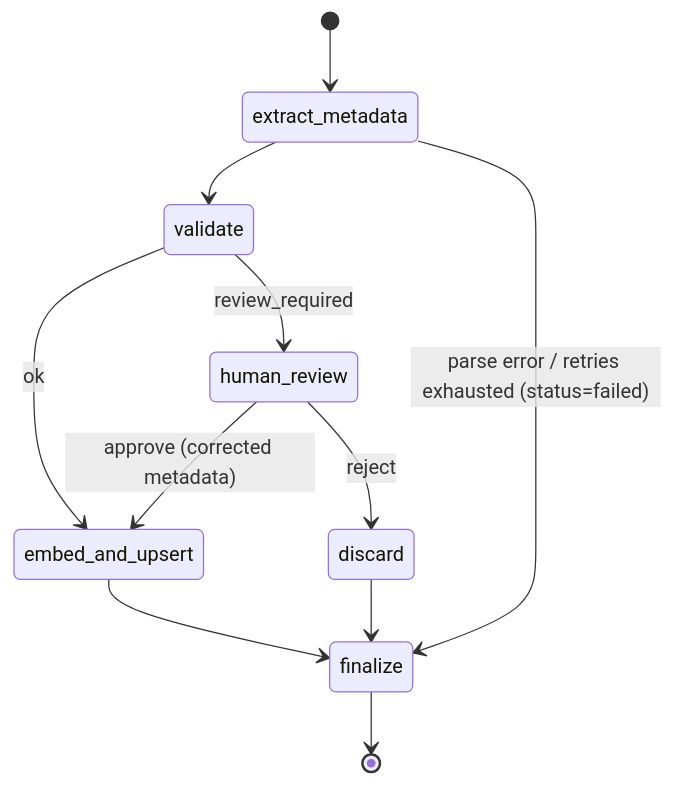
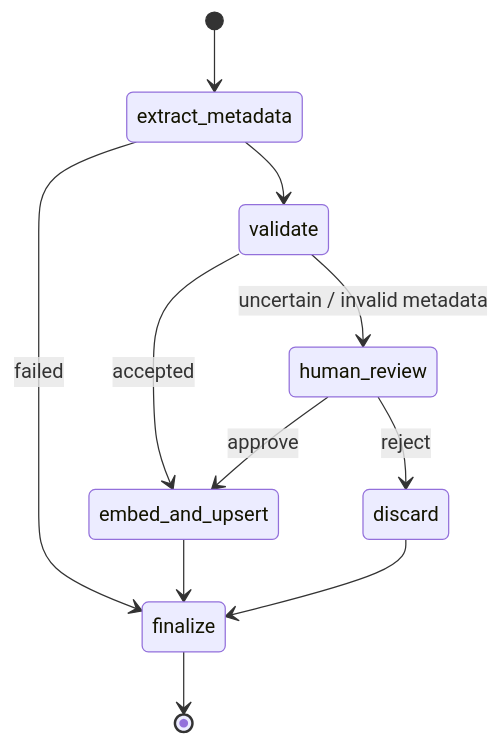
The second of 2 diagrams in docs/design.md (rajendranduraiswamy76-dev/FamGuard), drawn with Mermaid before and after one commit. The commit also changed other lines of this file and 3 other files, not shown here.

````diff
--- a/docs/design.md
+++ b/docs/design.md
@@ -318,13 +64,13 @@
 ```mermaid
 stateDiagram-v2
     [*] --> extract_metadata
     extract_metadata --> validate
-    validate --> human_review: review_required
-    validate --> embed_and_upsert: ok
-    human_review --> embed_and_upsert: approve (corrected metadata)
+    extract_metadata --> finalize: failed
+    validate --> human_review: uncertain / invalid metadata
+    validate --> embed_and_upsert: accepted
+    human_review --> embed_and_upsert: approve
     human_review --> discard: reject
     embed_and_upsert --> finalize
     discard --> finalize
     finalize --> [*]
-    extract_metadata --> finalize: parse error / retries exhausted (status=failed)
 ```
````
